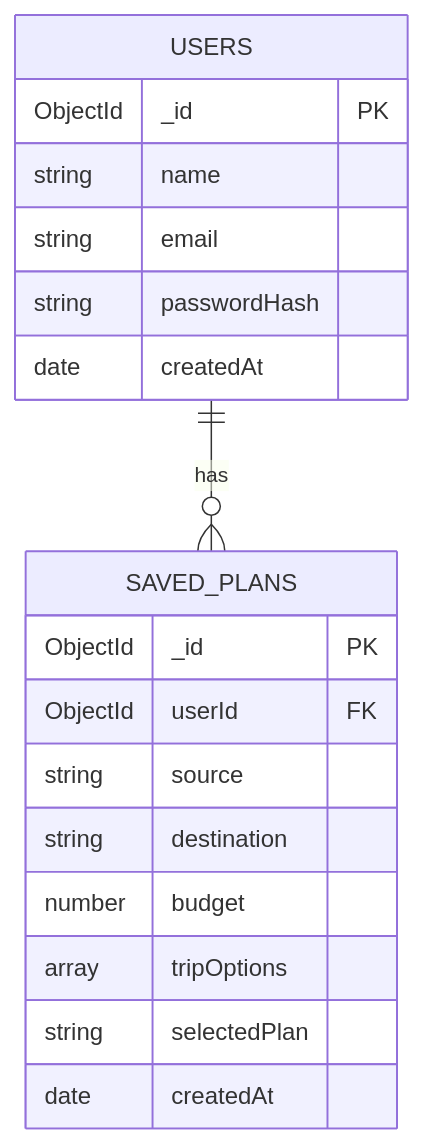
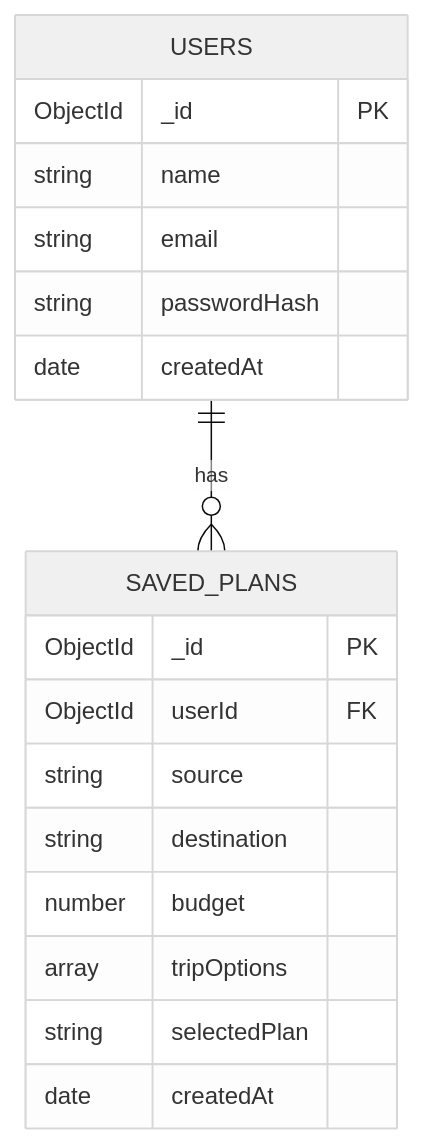
The diagram in README.md (samar-abbas-786/Thoughtify), drawn with Mermaid before and after one commit.

````diff
--- a/README.md
+++ b/README.md
@@ -1,23 +1,24 @@
 ```mermaid
+%%{init: {"theme": "base", "themeVariables": {"primaryColor": "#f0f0f0", "edgeLabelBackground":"#ffffff"}}}%%
 erDiagram
 USERS {
     ObjectId _id PK
     string name
     string email
     string passwordHash
     date createdAt
 }
 SAVED_PLANS {
     ObjectId _id PK
     ObjectId userId FK
     string source
     string destination
     number budget
     array tripOptions
     string selectedPlan
     date createdAt
 }
 USERS ||--o{ SAVED_PLANS : "has"
 
 
 ```
````
